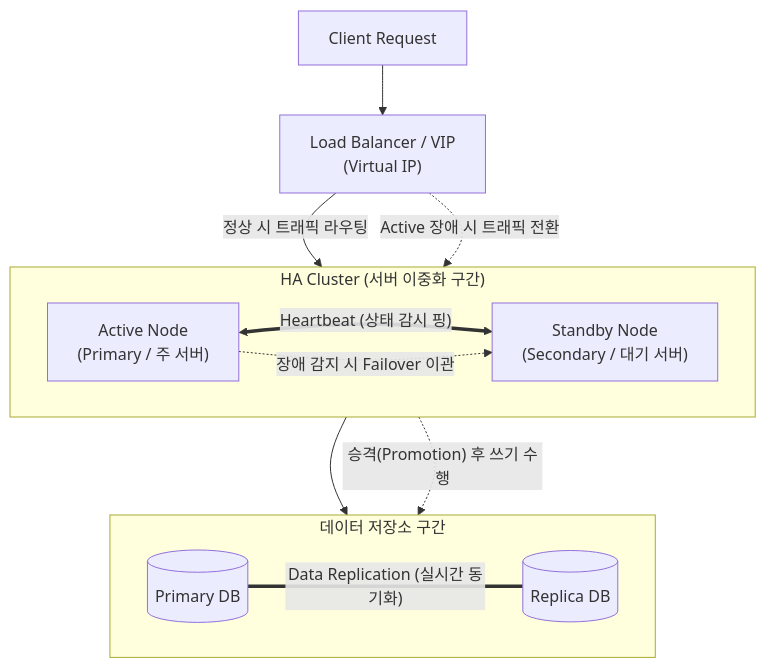
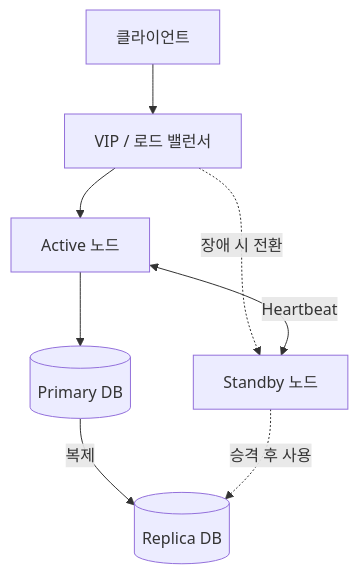
The diagram in content/01_IT Tech/HA(High Availability).md (supremethumb/supremethumb.github.io), drawn with Mermaid before and after one commit. The commit also changed other lines of this file and 1087 other files, not shown here.

````diff
--- a/content/01_IT Tech/HA(High Availability).md
+++ b/content/01_IT Tech/HA(High Availability).md
@@ -30,27 +33,10 @@
 ```mermaid
 flowchart TD
-    User["Client Request"] --> LB["Load Balancer / VIP<br/>(Virtual IP)"]
-
-    subgraph HA_Cluster ["HA Cluster (서버 이중화 구간)"]
-        direction LR
-        NodeA["Active Node<br/>(Primary / 주 서버)"]
-        NodeB["Standby Node<br/>(Secondary / 대기 서버)"]
-        
-        NodeA <== "Heartbeat (상태 감시 핑)" ==> NodeB
-        NodeA -. "장애 감지 시 Failover 이관" .-> NodeB
-    end
-
-    LB -->|"정상 시 트래픽 라우팅"| NodeA
-    LB -. "Active 장애 시 트래픽 전환" .-> NodeB
-
-    subgraph Data_Tier ["데이터 저장소 구간"]
-        direction LR
-        DB_A[(Primary DB)]
-        DB_B[(Replica DB)]
-        DB_A == "Data Replication (실시간 동기화)" === DB_B
-    end
-
-    NodeA --> DB_A
-    NodeB -. "승격(Promotion) 후 쓰기 수행" .-> DB_B
-
+    U["클라이언트"] --> VIP["VIP / 로드 밸런서"]
+    VIP --> A["Active 노드"]
+    VIP -. "장애 시 전환" .-> S["Standby 노드"]
+    A <-- "Heartbeat" --> S
+    A --> DB1[("Primary DB")]
+    DB1 -- "복제" --> DB2[("Replica DB")]
+    S -. "승격 후 사용" .-> DB2
 ```
````
